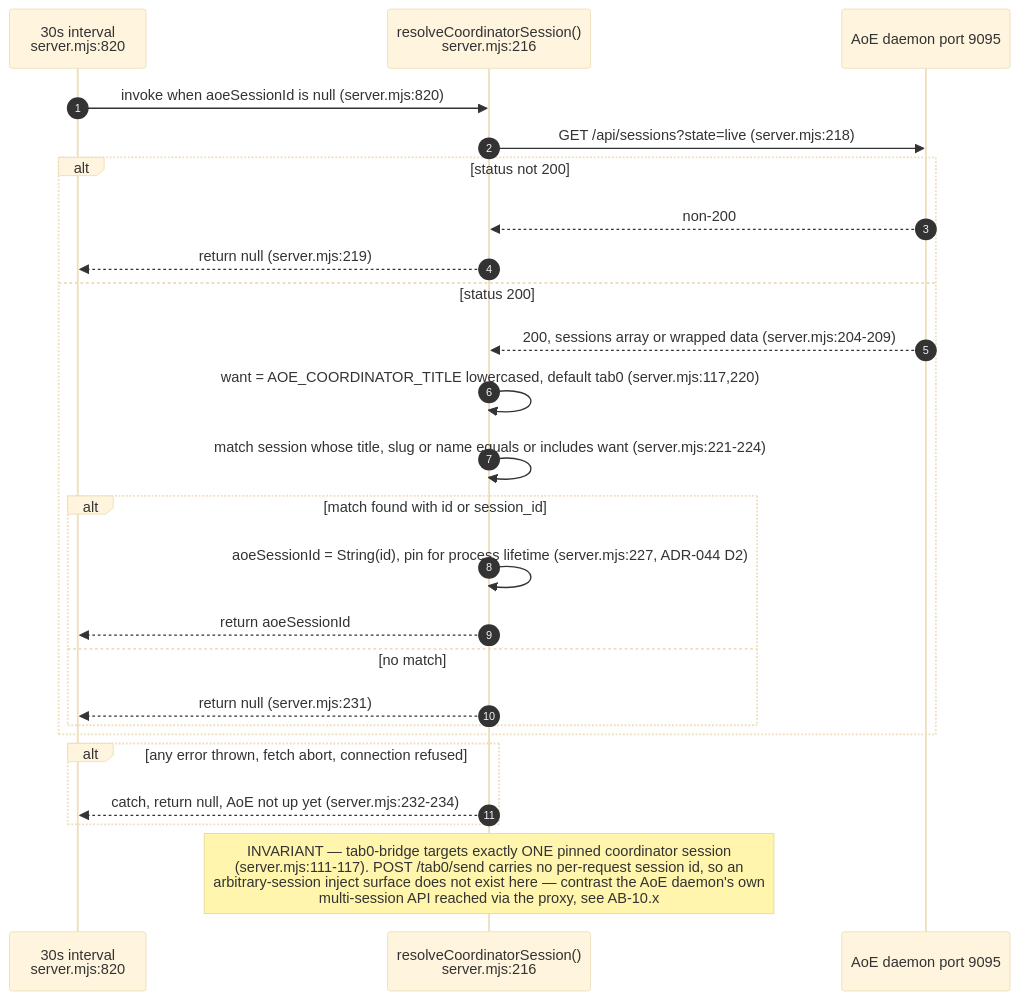
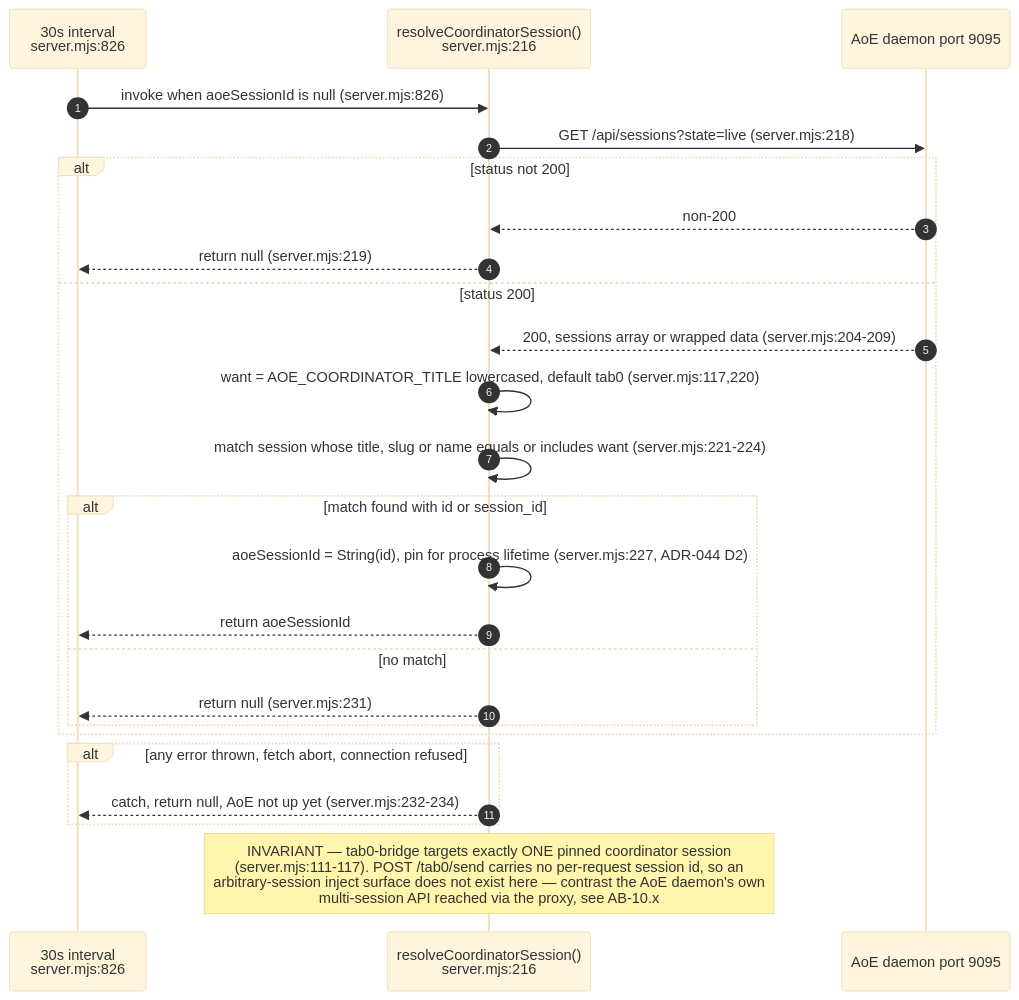
One commit to DreamLab-AI/VisionFlow changed the sixth of 14 diagrams in docs/diagrams/agentbox/12-tab0-bridge-and-interaction-plane.md. Above: the diagram before and after it, drawn with Mermaid (base theme). The commit also changed other lines of this file and 28 other files, not shown here.

````diff
--- a/docs/diagrams/agentbox/12-tab0-bridge-and-interaction-plane.md
+++ b/docs/diagrams/agentbox/12-tab0-bridge-and-interaction-plane.md
@@ -210,28 +211,28 @@
 ```mermaid
 sequenceDiagram
     autonumber
-    participant Ti as 30s interval<br/>server.mjs:820
+    participant Ti as 30s interval<br/>server.mjs:826
     participant R as resolveCoordinatorSession()<br/>server.mjs:216
     participant AoEd as AoE daemon port 9095
 
-    Ti->>R: invoke when aoeSessionId is null (server.mjs:820)
+    Ti->>R: invoke when aoeSessionId is null (server.mjs:826)
     R->>AoEd: GET /api/sessions?state=live (server.mjs:218)
     alt status not 200
         AoEd-->>R: non-200
         R-->>Ti: return null (server.mjs:219)
     else status 200
         AoEd-->>R: 200, sessions array or wrapped data (server.mjs:204-209)
         R->>R: want = AOE_COORDINATOR_TITLE lowercased, default tab0 (server.mjs:117,220)
         R->>R: match session whose title, slug or name equals or includes want (server.mjs:221-224)
         alt match found with id or session_id
             R->>R: aoeSessionId = String(id), pin for process lifetime (server.mjs:227, ADR-044 D2)
             R-->>Ti: return aoeSessionId
         else no match
             R-->>Ti: return null (server.mjs:231)
         end
     end
     alt any error thrown, fetch abort, connection refused
         R-->>Ti: catch, return null, AoE not up yet (server.mjs:232-234)
     end
 Note over R: INVARIANT — tab0-bridge targets exactly ONE pinned coordinator session<br/>(server.mjs:111-117). POST /tab0/send carries no per-request session id, so an<br/>arbitrary-session inject surface does not exist here — contrast the AoE daemon's own<br/>multi-session API reached via the proxy, see AB-10.x
 ```
````
